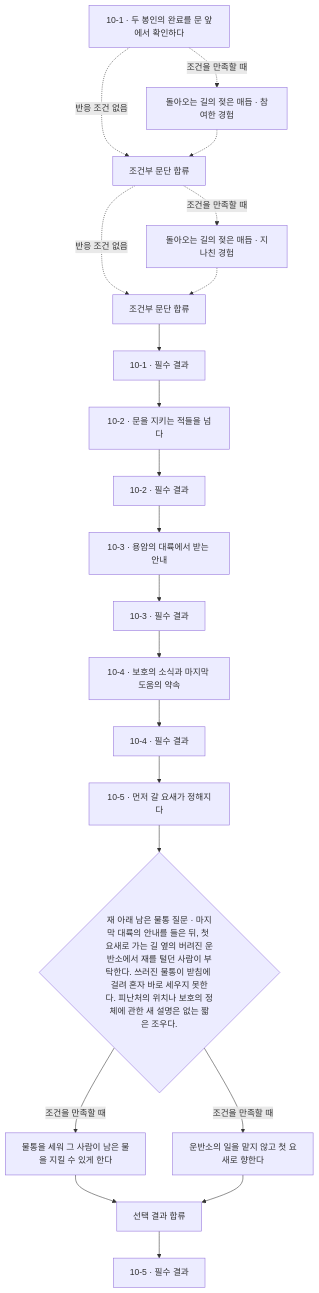
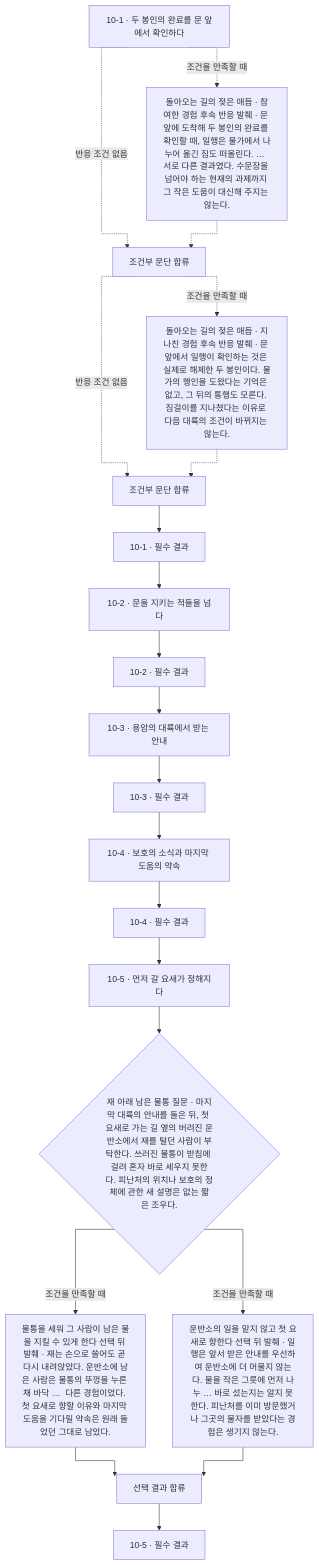
Before and after one commit to obmaz/lore: diagram 12 of 17 in novel/writing/side-stories/generated/flow.md, drawn with Mermaid. The commit also changed other lines of this file and 20 other files, not shown here.

Commit message:
Show branch outcomes and route graph memory links orthogonally

````diff
--- a/novel/writing/side-stories/generated/flow.md
+++ b/novel/writing/side-stories/generated/flow.md
@@ -929,41 +940,42 @@
 ```mermaid
+%%{init: {"flowchart": {"curve": "stepAfter"}}}%%
 flowchart TB
   n999fc496ee1b4ee2["10-1 · 두 봉인의 완료를 문 앞에서 확인하다"]
-  n09b9887778d3ea28["돌아오는 길의 젖은 매듭 · 참여한 경험"]
+  n09b9887778d3ea28["돌아오는 길의 젖은 매듭 · 참여한 경험 후속 반응 발췌 · 문 앞에 도착해 두 봉인의 완료를 확인할 때, 일행은 물가에서 나누어 옮긴 짐도 떠올린다. …  서로 다른 결과였다. 수문장을 넘어야 하는 현재의 과제까지 그 작은 도움이 대신해 주지는 않는다."]
   ne4d7bb69bbf6be64["조건부 문단 합류"]
-  n0455194daa278df4["돌아오는 길의 젖은 매듭 · 지나친 경험"]
+  n0455194daa278df4["돌아오는 길의 젖은 매듭 · 지나친 경험 후속 반응 발췌 · 문 앞에서 일행이 확인하는 것은 실제로 해제한 두 봉인이다. 물가의 행인을 도왔다는 기억은 없고, 그 뒤의 통행도 모른다. 짐걸이를 지나쳤다는 이유로 다음 대륙의 조건이 바뀌지는 않는다."]
   nf5aa1971daab5056["조건부 문단 합류"]
   n7149119026723cc3["10-1 · 필수 결과"]
   n6f195e19351f483e["10-2 · 문을 지키는 적들을 넘다"]
   n324cbda110d0c97c["10-2 · 필수 결과"]
   n6614f1a848d3c5c9["10-3 · 용암의 대륙에서 받는 안내"]
   n26761349c1aadb6f["10-3 · 필수 결과"]
   n6e2263a2ff200656["10-4 · 보호의 소식과 마지막 도움의 약속"]
   n869d8155e84042e5["10-4 · 필수 결과"]
   nce6eede089932403["10-5 · 먼저 갈 요새가 정해지다"]
   n4944a835fb0abd51{"재 아래 남은 물통 질문 · 마지막 대륙의 안내를 들은 뒤, 첫 요새로 가는 길 옆의 버려진 운반소에서 재를 털던 사람이 부탁한다. 쓰러진 물통이 받침에 걸려 혼자 바로 세우지 못한다. 피난처의 위치나 보호의 정체에 관한 새 설명은 없는 짧은 조우다."}
   nce6919d52d594b02["선택 결과 합류"]
-  nc339d6b89b0f0aea["물통을 세워 그 사람이 남은 물을 지킬 수 있게 한다"]
-  n181532e0876f3024["운반소의 일을 맡지 않고 첫 요새로 향한다"]
+  nc339d6b89b0f0aea["물통을 세워 그 사람이 남은 물을 지킬 수 있게 한다 선택 뒤 발췌 · 재는 손으로 쓸어도 곧 다시 내려앉았다. 운반소에 남은 사람은 물통의 뚜껑을 누른 채 바닥 …  다른 경험이었다. 첫 요새로 향할 이유와 마지막 도움을 기다릴 약속은 원래 들었던 그대로 남았다."]
+  n181532e0876f3024["운반소의 일을 맡지 않고 첫 요새로 향한다 선택 뒤 발췌 · 일행은 앞서 받은 안내를 우선하여 운반소에 더 머물지 않는다. 물을 작은 그릇에 먼저 나누 … 바로 섰는지는 알지 못한다. 피난처를 이미 방문했거나 그곳의 물자를 받았다는 경험은 생기지 않는다."]
   n7bb94e141442f640["10-5 · 필수 결과"]
   n999fc496ee1b4ee2 -.->|조건을 만족할 때| n09b9887778d3ea28
   n999fc496ee1b4ee2 -.->|반응 조건 없음| ne4d7bb69bbf6be64
   n09b9887778d3ea28 -.-> ne4d7bb69bbf6be64
   ne4d7bb69bbf6be64 -.->|조건을 만족할 때| n0455194daa278df4
   ne4d7bb69bbf6be64 -.->|반응 조건 없음| nf5aa1971daab5056
   n0455194daa278df4 -.-> nf5aa1971daab5056
   nf5aa1971daab5056 --> n7149119026723cc3
   n6f195e19351f483e --> n324cbda110d0c97c
   n7149119026723cc3 --> n6f195e19351f483e
   n6614f1a848d3c5c9 --> n26761349c1aadb6f
   n324cbda110d0c97c --> n6614f1a848d3c5c9
   n6e2263a2ff200656 --> n869d8155e84042e5
   n26761349c1aadb6f --> n6e2263a2ff200656
   nce6eede089932403 --> n4944a835fb0abd51
   n4944a835fb0abd51 -->|조건을 만족할 때| nc339d6b89b0f0aea
   nc339d6b89b0f0aea --> nce6919d52d594b02
   n4944a835fb0abd51 -->|조건을 만족할 때| n181532e0876f3024
   n181532e0876f3024 --> nce6919d52d594b02
   nce6919d52d594b02 --> n7bb94e141442f640
   n869d8155e84042e5 --> nce6eede089932403
 ```
````
